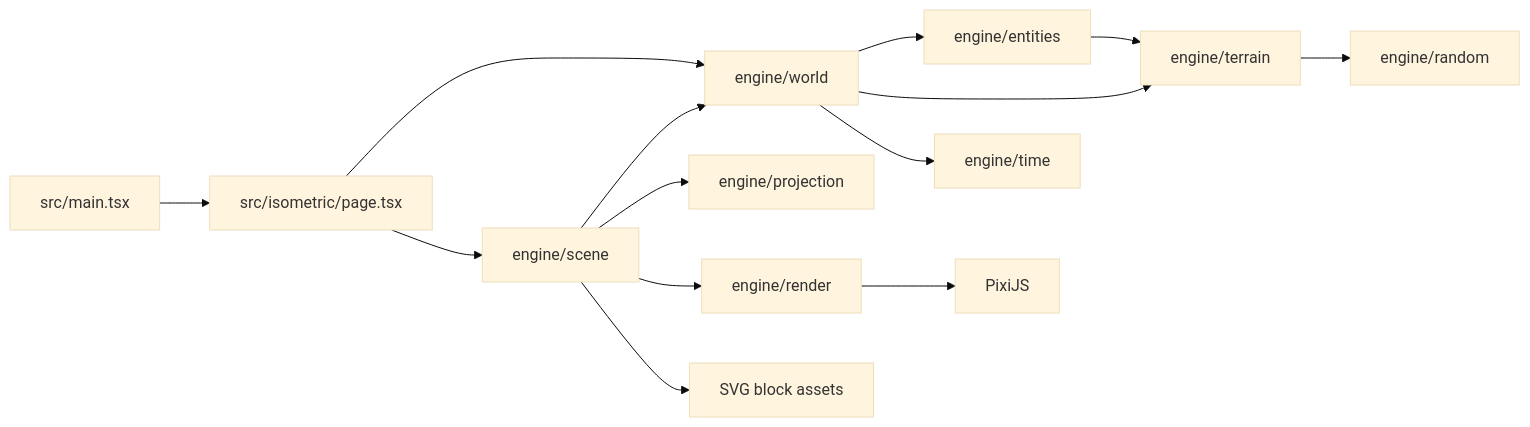
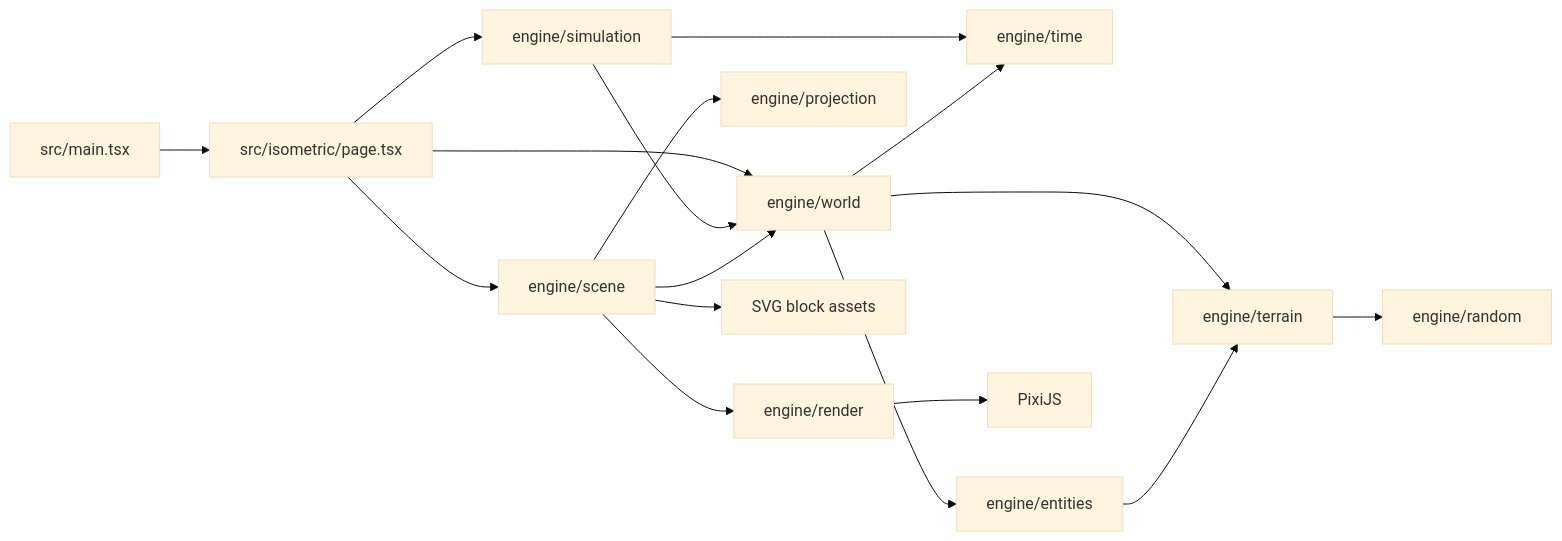
The diagram in ARCHITECTURE.md (alexsantos-eth/armada-engine), drawn with Mermaid (base theme) before and after one commit. The commit also changed other lines of this file and 15 other files, not shown here.

````diff
--- a/ARCHITECTURE.md
+++ b/ARCHITECTURE.md
@@ -9,16 +9,19 @@
 ```mermaid
 flowchart LR
   Main[src/main.tsx] --> Page[src/isometric/page.tsx]
   Page --> World[engine/world]
   Page --> Scene[engine/scene]
+  Page --> Simulation[engine/simulation]
+  Simulation --> World
+  Simulation --> Time
   World --> Entities[engine/entities]
   World --> Terrain[engine/terrain]
   World --> Time[engine/time]
   Entities --> Terrain
   Terrain --> Random[engine/random]
   Scene --> World
   Scene --> Projection[engine/projection]
   Scene --> Render[engine/render]
   Render --> Pixi[PixiJS]
   Scene --> Assets[SVG block assets]
 ```
````
